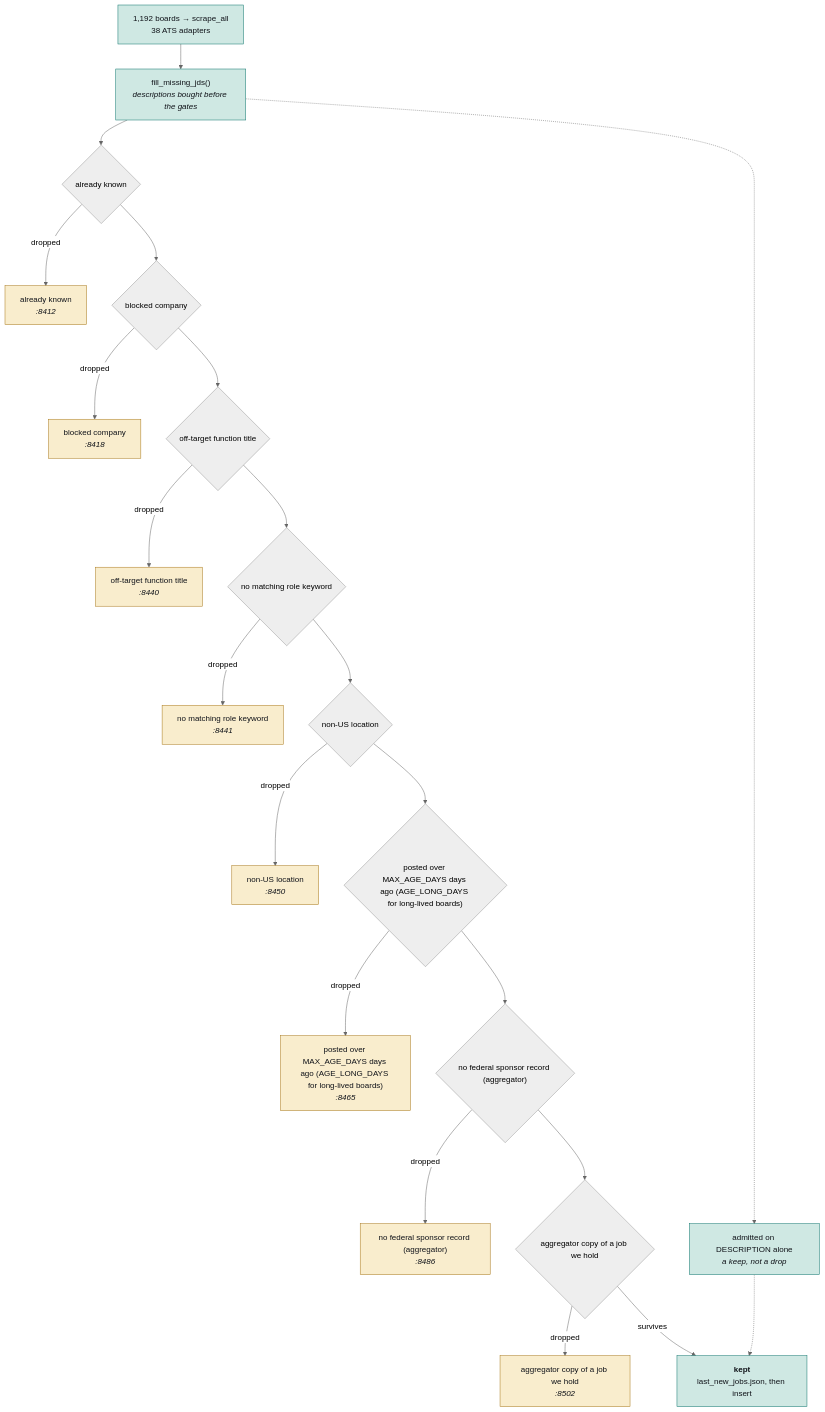
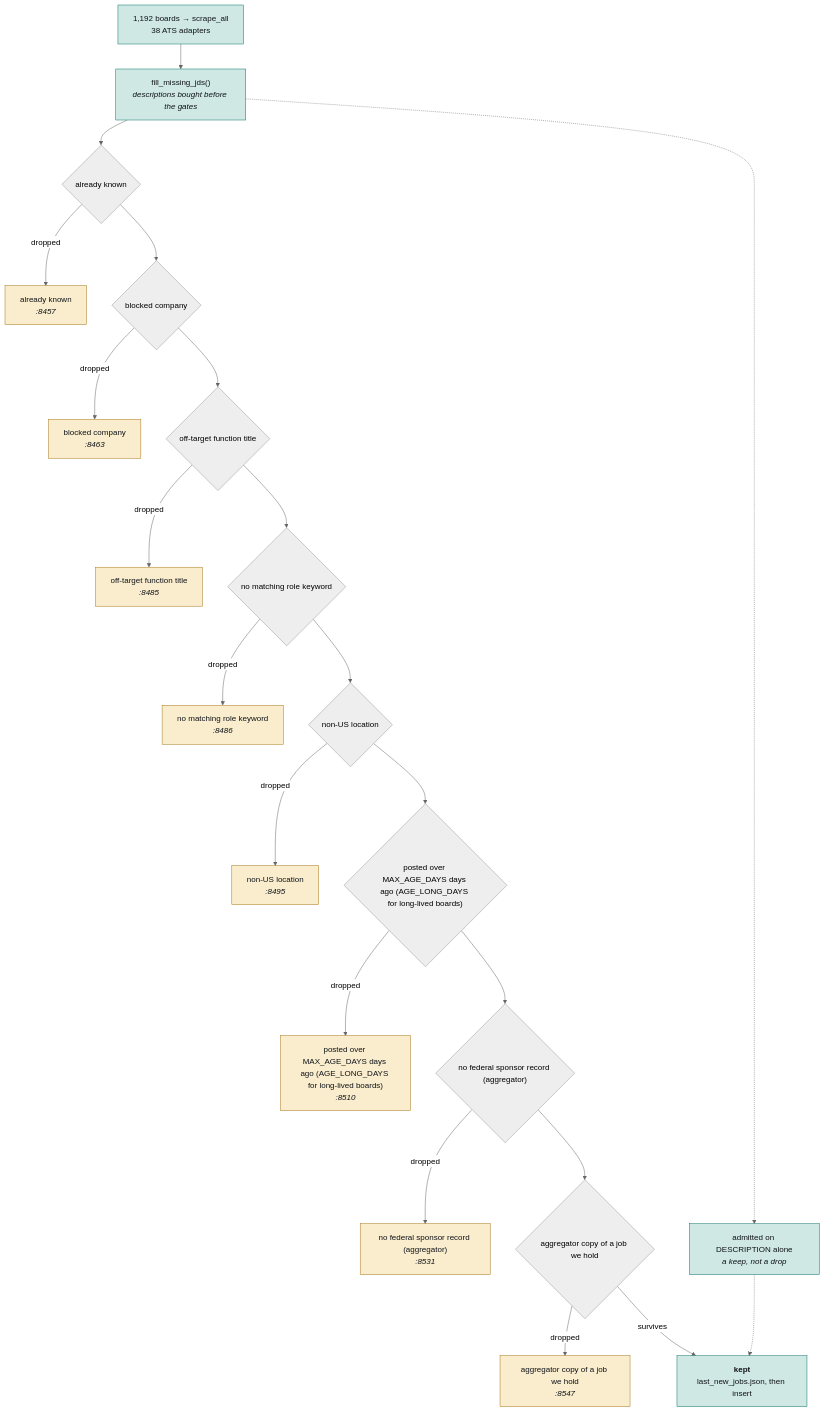
The second of 4 diagrams in JobMatch Scraper/docs/ARCHITECTURE.md (hadakunal909-debug/job-search-tool), drawn with Mermaid (neutral theme) before and after one commit. The commit also changed other lines of this file and 9 other files, not shown here.

````diff
--- a/JobMatch Scraper/docs/ARCHITECTURE.md
+++ b/JobMatch Scraper/docs/ARCHITECTURE.md
@@ -106,54 +106,54 @@
 ```mermaid
 flowchart TB
   SRC["1,192 boards → scrape_all<br/>38 ATS adapters"]
   JD["fill_missing_jds()<br/><i>descriptions bought before the gates</i>"]
   SRC --> JD
   G0{"already known"}
-  D0["already known<br/><i>:8412</i>"]
+  D0["already known<br/><i>:8457</i>"]
   JD --> G0
   G0 -->|dropped| D0
   class D0 trap
   G1{"blocked company"}
-  D1["blocked company<br/><i>:8418</i>"]
+  D1["blocked company<br/><i>:8463</i>"]
   G0 --> G1
   G1 -->|dropped| D1
   class D1 trap
   G2{"off-target function title"}
-  D2["off-target function title<br/><i>:8440</i>"]
+  D2["off-target function title<br/><i>:8485</i>"]
   G1 --> G2
   G2 -->|dropped| D2
   class D2 trap
   G3{"no matching role keyword"}
-  D3["no matching role keyword<br/><i>:8441</i>"]
+  D3["no matching role keyword<br/><i>:8486</i>"]
   G2 --> G3
   G3 -->|dropped| D3
   class D3 trap
   G4{"non-US location"}
-  D4["non-US location<br/><i>:8450</i>"]
+  D4["non-US location<br/><i>:8495</i>"]
   G3 --> G4
   G4 -->|dropped| D4
   class D4 trap
   G5{"posted over MAX_AGE_DAYS days ago (AGE_LONG_DAYS for long-lived boards)"}
-  D5["posted over MAX_AGE_DAYS days ago (AGE_LONG_DAYS for long-lived boards)<br/><i>:8465</i>"]
+  D5["posted over MAX_AGE_DAYS days ago (AGE_LONG_DAYS for long-lived boards)<br/><i>:8510</i>"]
   G4 --> G5
   G5 -->|dropped| D5
   class D5 trap
   G6{"no federal sponsor record (aggregator)"}
-  D6["no federal sponsor record (aggregator)<br/><i>:8486</i>"]
+  D6["no federal sponsor record (aggregator)<br/><i>:8531</i>"]
   G5 --> G6
   G6 -->|dropped| D6
   class D6 trap
   G7{"aggregator copy of a job we hold"}
-  D7["aggregator copy of a job we hold<br/><i>:8502</i>"]
+  D7["aggregator copy of a job we hold<br/><i>:8547</i>"]
   G6 --> G7
   G7 -->|dropped| D7
   class D7 trap
   KEEP["<b>kept</b><br/>last_new_jobs.json, then insert"]
   G7 -->|survives| KEEP
   RESCUE["admitted on DESCRIPTION alone<br/><i>a keep, not a drop</i>"]
   JD -.-> RESCUE
   RESCUE -.-> KEEP
   classDef trap fill:#f9edcd,stroke:#a8781a,color:#101319
   classDef sched fill:#cfe8e3,stroke:#0f766e,color:#101319
   class SRC,JD,KEEP,RESCUE sched
 ```
````
